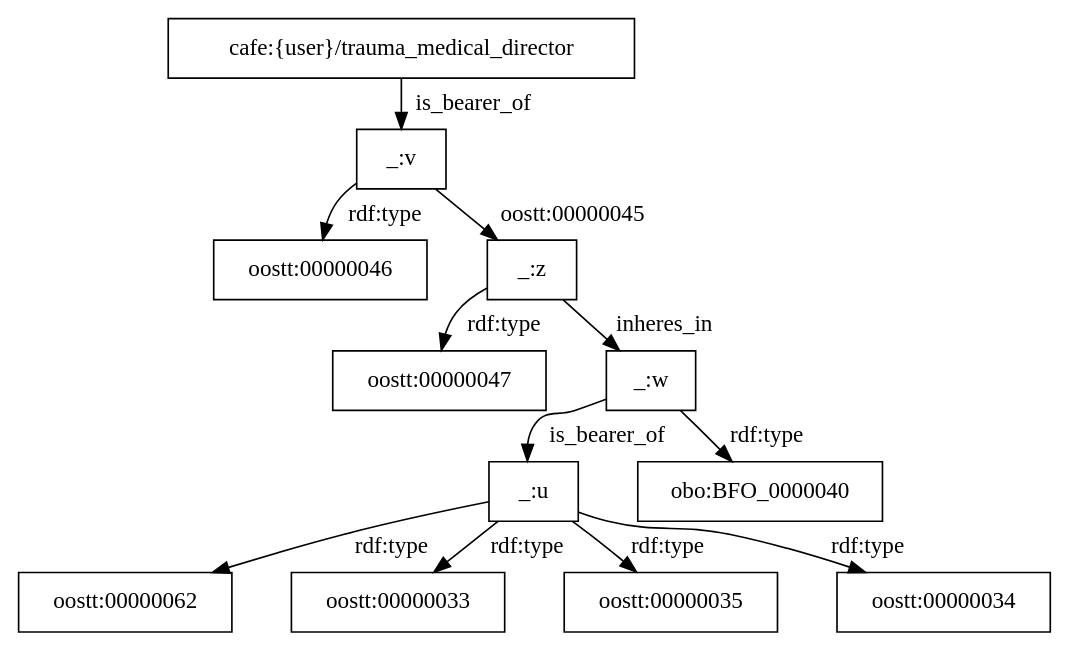
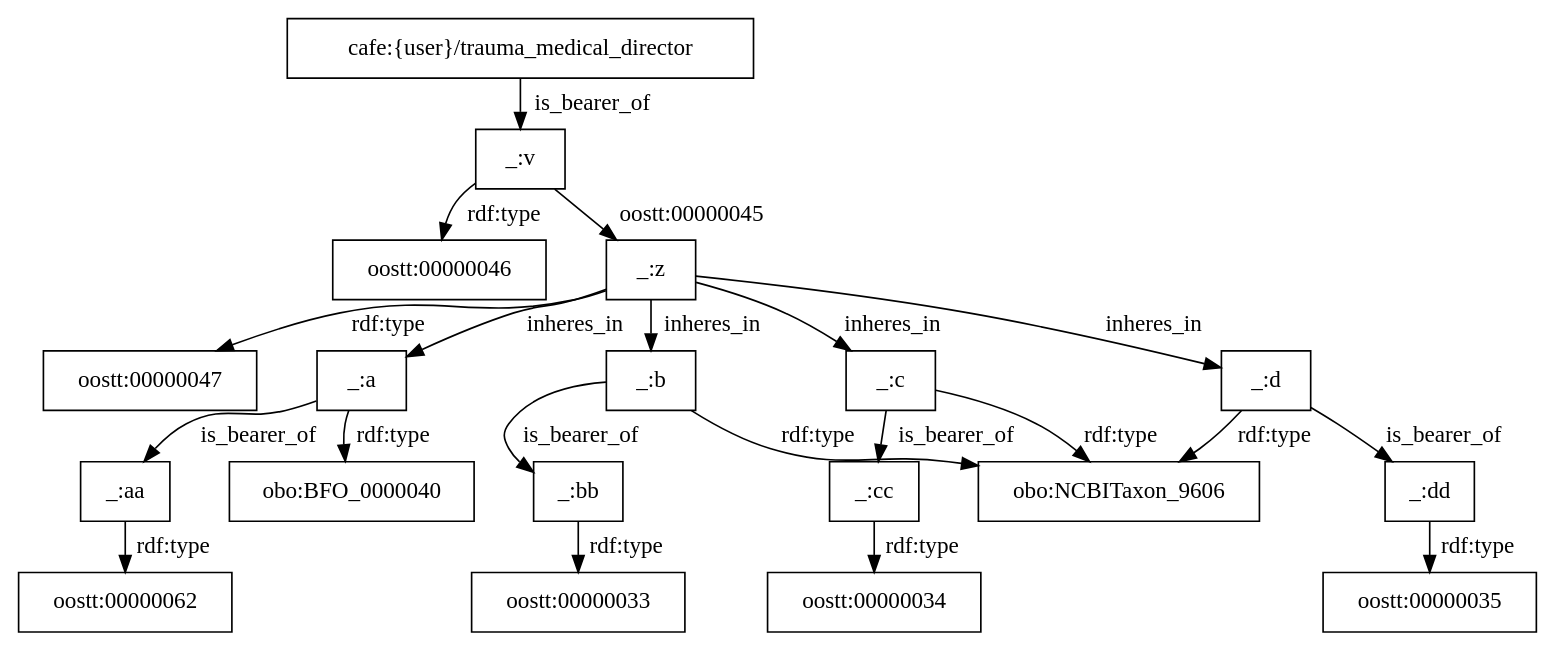
Before and after one commit to utecht/dideo-server: the diagram in cafe/graphs/138.dot, drawn with Graphviz. The commit also changed 2 other files, not shown here.

Commit message:
fixed rdf for reporting relationship

```diff
--- a/cafe/graphs/138.dot
+++ b/cafe/graphs/138.dot
@@ -1,14 +1,23 @@
 digraph g { node [shape=rectangle];
 graph [splines=true, nodesep=.5, ranksep=0, overlap=false];
 "cafe:{user}/trauma_medical_director" -> "_:v" [label="is_bearer_of"]
 "_:v" -> "oostt:00000046" [label="rdf:type"]
 "_:v" -> "_:z" [label="oostt:00000045"]
 "_:z" -> "oostt:00000047" [label="rdf:type"]
-"_:z" -> "_:w" [label="inheres_in"]
-"_:w" -> "_:u" [label="is_bearer_of"]
-"_:w" -> "obo:BFO_0000040" [label="rdf:type"]
-"_:u" -> "oostt:00000062" [label="rdf:type"]
-"_:u" -> "oostt:00000033" [label="rdf:type"]
-"_:u" -> "oostt:00000035" [label="rdf:type"]
-"_:u" -> "oostt:00000034" [label="rdf:type"]
+"_:a" -> "_:aa" [label="is_bearer_of"]
+"_:a" -> "obo:BFO_0000040" [label="rdf:type"]
+"_:aa" -> "oostt:00000062" [label="rdf:type"]
+"_:bb" -> "oostt:00000033" [label="rdf:type"]
+"_:dd" -> "oostt:00000035" [label="rdf:type"]
+"_:cc" -> "oostt:00000034" [label="rdf:type"]
+"_:b" -> "_:bb" [label="is_bearer_of"]
+"_:c" -> "_:cc" [label="is_bearer_of"]
+"_:d" -> "_:dd" [label="is_bearer_of"]
+"_:b" -> "obo:NCBITaxon_9606" [label="rdf:type"]
+"_:c" -> "obo:NCBITaxon_9606" [label="rdf:type"]
+"_:d" -> "obo:NCBITaxon_9606" [label="rdf:type"]
+"_:z" -> "_:b" [label="inheres_in"]
+"_:z" -> "_:c" [label="inheres_in"]
+"_:z" -> "_:d" [label="inheres_in"]
+"_:z" -> "_:a" [label="inheres_in"]
 }
```
